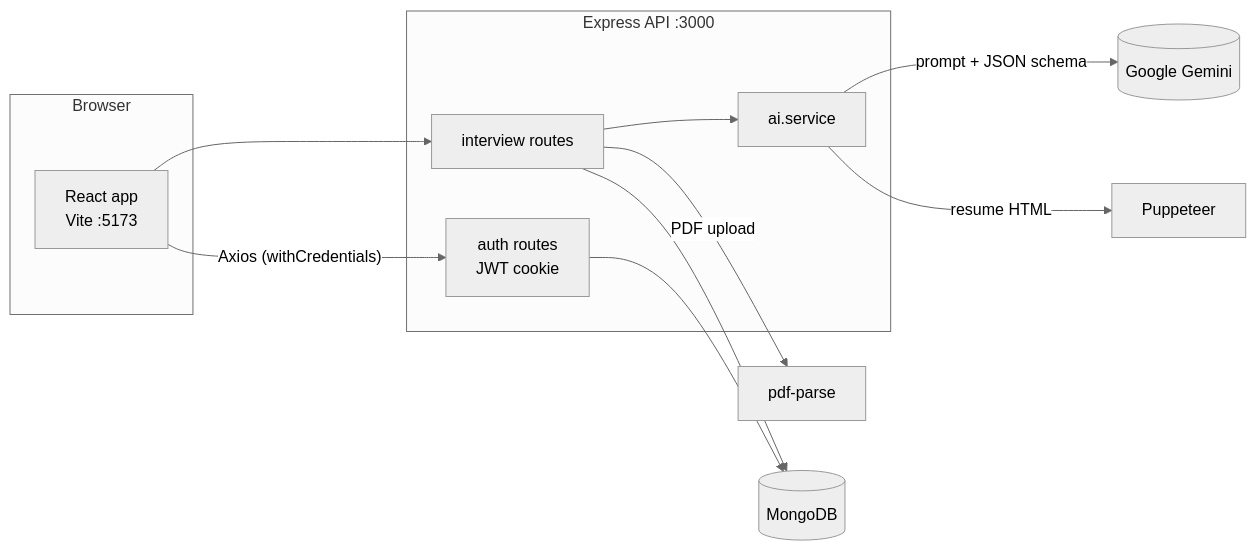
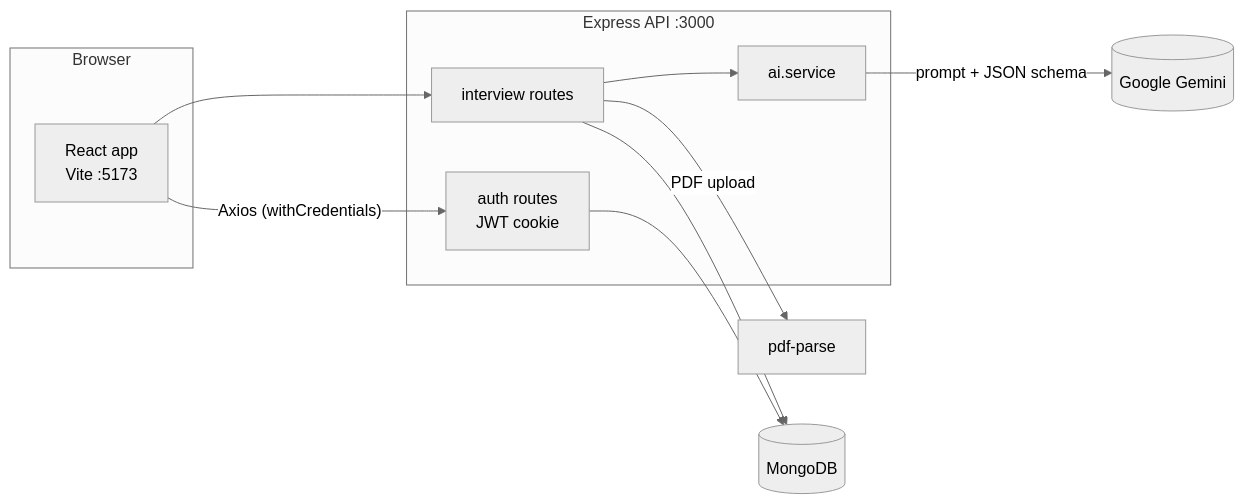
The first of 2 diagrams in README.md (Ninja-supereme/Resume-Maker), drawn with Mermaid (neutral theme) before and after one commit. The commit also changed other lines of this file and 6 other files, not shown here.

Commit message:
Replace Puppeteer with browser print-to-PDF for tailored resume

````diff
--- a/README.md
+++ b/README.md
@@ -23,21 +23,20 @@
 ```mermaid
 flowchart LR
     subgraph Browser
         UI[React app<br/>Vite :5173]
     end
 
     subgraph Server[Express API :3000]
         Auth[auth routes<br/>JWT cookie]
         Interview[interview routes]
         AI[ai.service]
     end
 
     UI -- "Axios (withCredentials)" --> Auth
     UI --> Interview
     Interview -- "PDF upload" --> Parse[pdf-parse]
     Interview --> AI
     AI -- "prompt + JSON schema" --> Gemini[(Google Gemini)]
-    AI -- "resume HTML" --> Puppeteer[Puppeteer]
     Auth --> DB[(MongoDB)]
     Interview --> DB
 ```
````
